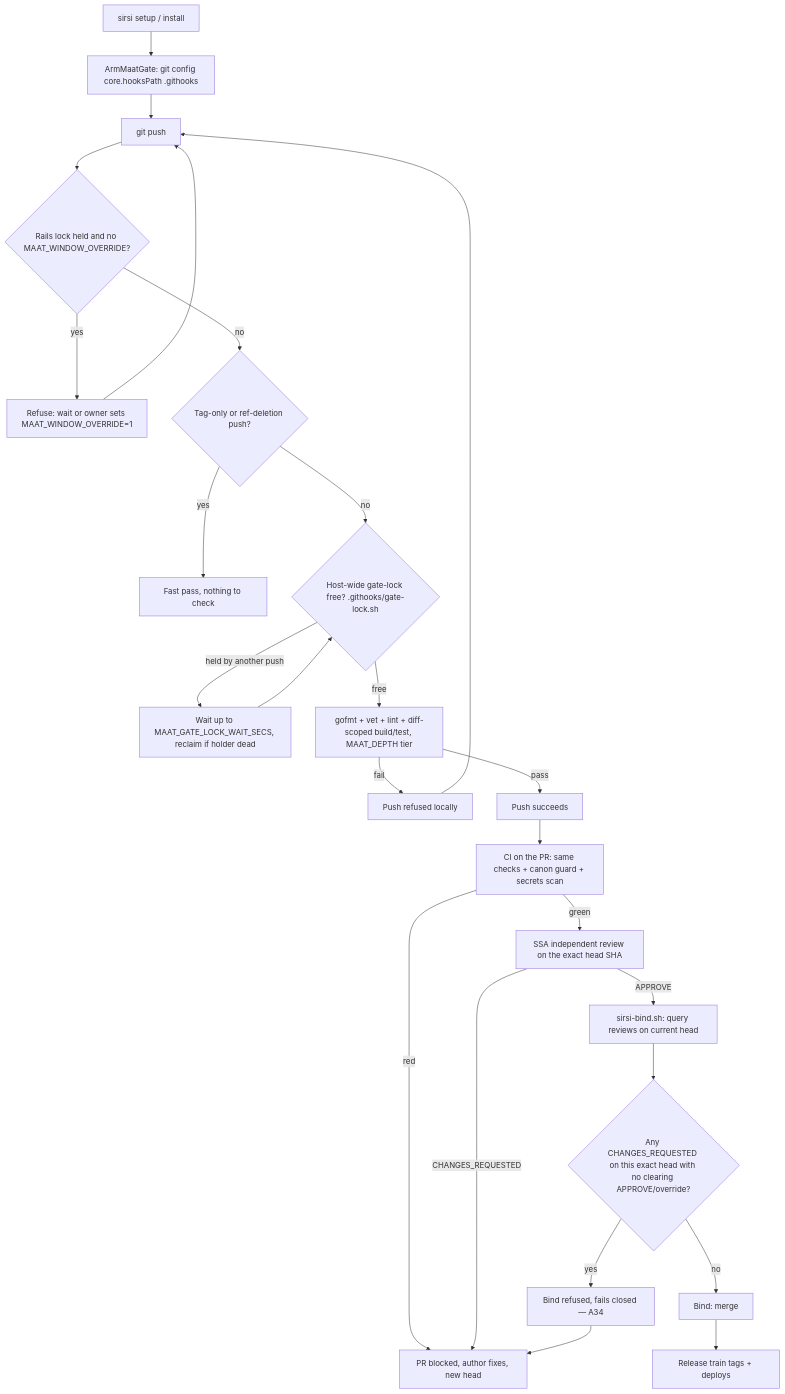
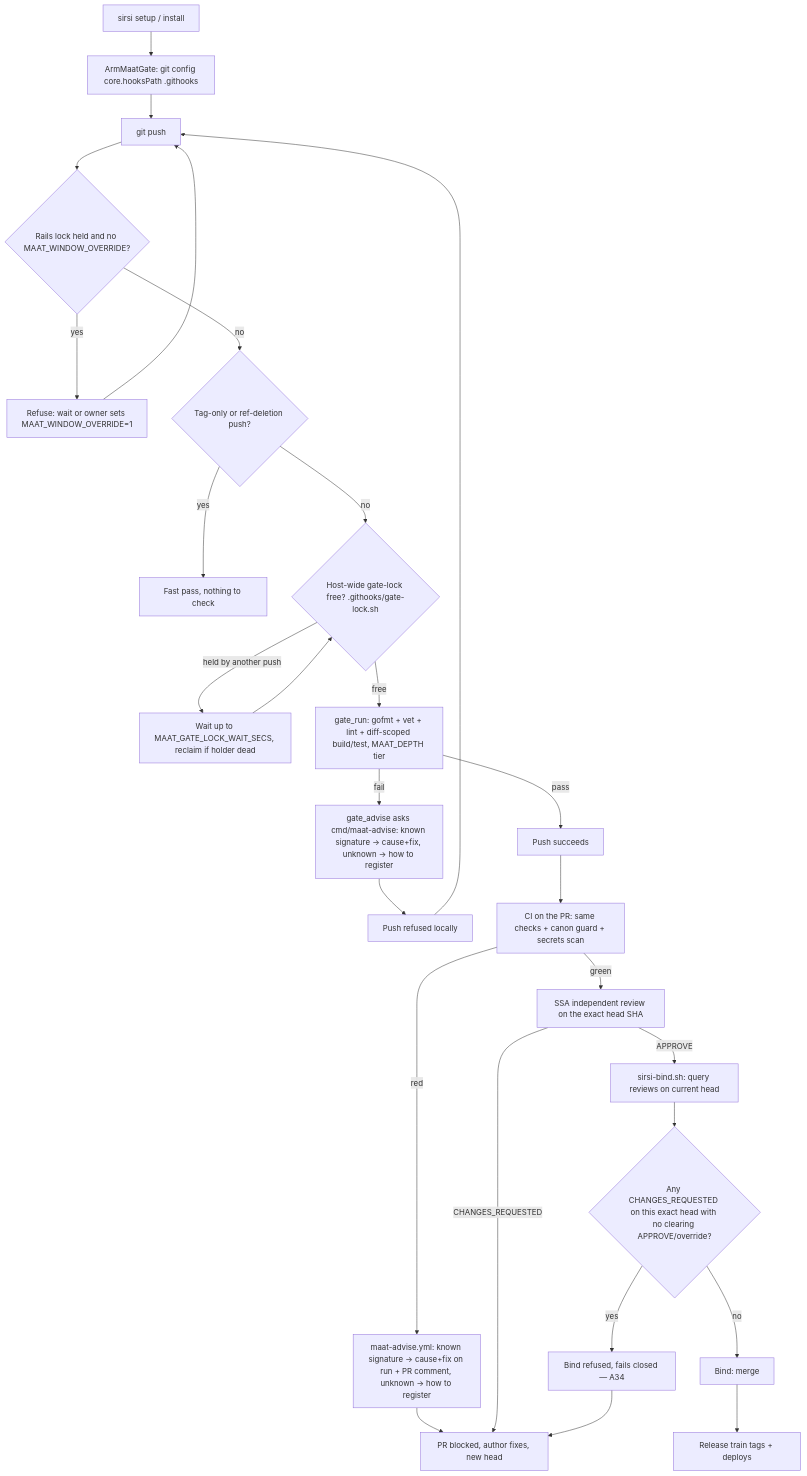
One commit to SirsiMaster/sirsi-pantheon changed the first of 3 diagrams in docs/stacklab/diagrams/RA-P18-maat-gate.md. Above: the diagram before and after it, drawn with Mermaid. The commit also changed other lines of this file, not shown here.

````diff
--- a/docs/stacklab/diagrams/RA-P18-maat-gate.md
+++ b/docs/stacklab/diagrams/RA-P18-maat-gate.md
@@ -8,21 +9,21 @@
 ```mermaid
 flowchart TD
   A[sirsi setup / install] --> B[ArmMaatGate: git config core.hooksPath .githooks]
   B --> C[git push]
   C --> D{Rails lock held and no MAAT_WINDOW_OVERRIDE?}
   D -- yes --> R[Refuse: wait or owner sets MAAT_WINDOW_OVERRIDE=1] --> C
   D -- no --> E{Tag-only or ref-deletion push?}
   E -- yes --> F[Fast pass, nothing to check]
   E -- no --> GL{Host-wide gate-lock free? .githooks/gate-lock.sh}
   GL -- held by another push --> GLW[Wait up to MAAT_GATE_LOCK_WAIT_SECS, reclaim if holder dead] --> GL
-  GL -- free --> G[gofmt + vet + lint + diff-scoped build/test, MAAT_DEPTH tier]
-  G -- fail --> H[Push refused locally] --> C
+  GL -- free --> G[gate_run: gofmt + vet + lint + diff-scoped build/test, MAAT_DEPTH tier]
+  G -- fail --> GA[gate_advise asks cmd/maat-advise: known signature -> cause+fix, unknown -> how to register] --> H[Push refused locally] --> C
   G -- pass --> I[Push succeeds] --> J[CI on the PR: same checks + canon guard + secrets scan]
-  J -- red --> K[PR blocked, author fixes, new head]
+  J -- red --> JA[maat-advise.yml: known signature -> cause+fix on run + PR comment, unknown -> how to register] --> K[PR blocked, author fixes, new head]
   J -- green --> L[SSA independent review on the exact head SHA]
   L -- CHANGES_REQUESTED --> K
   L -- APPROVE --> M[sirsi-bind.sh: query reviews on current head]
   M --> N{Any CHANGES_REQUESTED on this exact head with no clearing APPROVE/override?}
   N -- yes --> O[Bind refused, fails closed — A34] --> K
   N -- no --> P[Bind: merge] --> Q[Release train tags + deploys]
 ```
````
